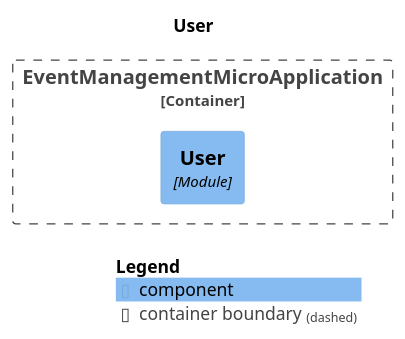
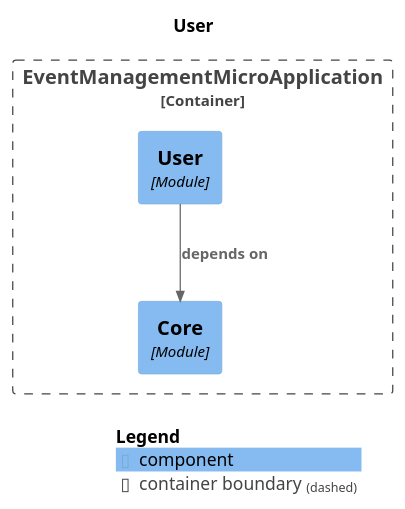
One commit to EvelinaPyechkurova/event-management-system changed the diagram in spring-modulith-docs/module-user.puml. Above: the diagram before and after it, drawn with PlantUML. The commit also changed 11 other files, not shown here.

```diff
--- a/spring-modulith-docs/module-user.puml
+++ b/spring-modulith-docs/module-user.puml
@@ -1,17 +1,19 @@
 @startuml
 set separator none
 title User
 
 top to bottom direction
 
 !include <C4/C4>
 !include <C4/C4_Context>
 !include <C4/C4_Component>
 
 Container_Boundary("EventManagementMicroApplication.EventManagementMicroApplication_boundary", "EventManagementMicroApplication", $tags="") {
+  Component(EventManagementMicroApplication.EventManagementMicroApplication.Core, "Core", $techn="Module", $descr="", $tags="", $link="")
   Component(EventManagementMicroApplication.EventManagementMicroApplication.User, "User", $techn="Module", $descr="", $tags="", $link="")
 }
 
+Rel(EventManagementMicroApplication.EventManagementMicroApplication.User, EventManagementMicroApplication.EventManagementMicroApplication.Core, "depends on", $techn="", $tags="", $link="")
 
 SHOW_LEGEND(true)
 @enduml
```
